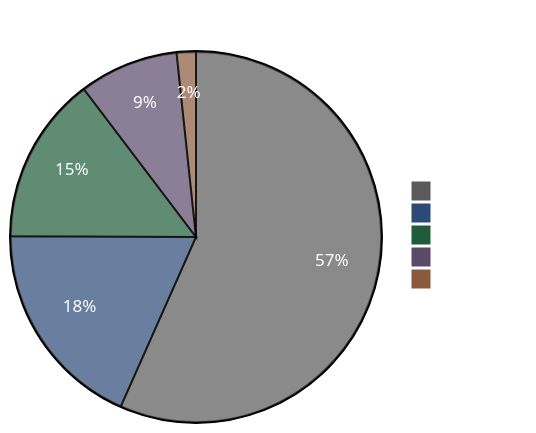
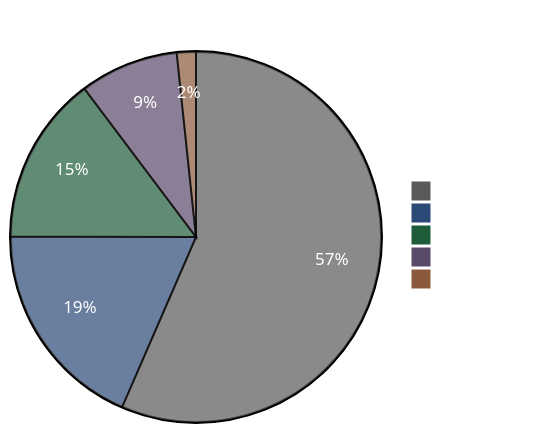
The diagram in README.md (ccmeteorljh/reco-arxiv-daily), drawn with Mermaid before and after one commit. The commit also changed other lines of this file and 7 other files, not shown here.

````diff
--- a/README.md
+++ b/README.md
@@ -6,19 +6,19 @@
 ```mermaid
 %%{init: {'theme':'base', 'themeVariables': {
   'pie1':'#5a5a5a',
   'pie2':'#2c4a78',
   'pie3':'#1e5c3a',
   'pie4':'#5a4a6a',
   'pie5':'#8b5a3c',
   'pieTitleTextColor':'#ffffff',
   'pieSectionTextColor':'#ffffff',
   'pieLegendTextColor':'#ffffff'
 }}}%%
 pie showData
 title Paper Distribution by Tag
-  "Other" : 609
-  "LLM" : 198
-  "GR" : 157
+  "Other" : 611
+  "LLM" : 200
+  "GR" : 159
   "Seq" : 93
   "Scaling" : 18
 ```
````
